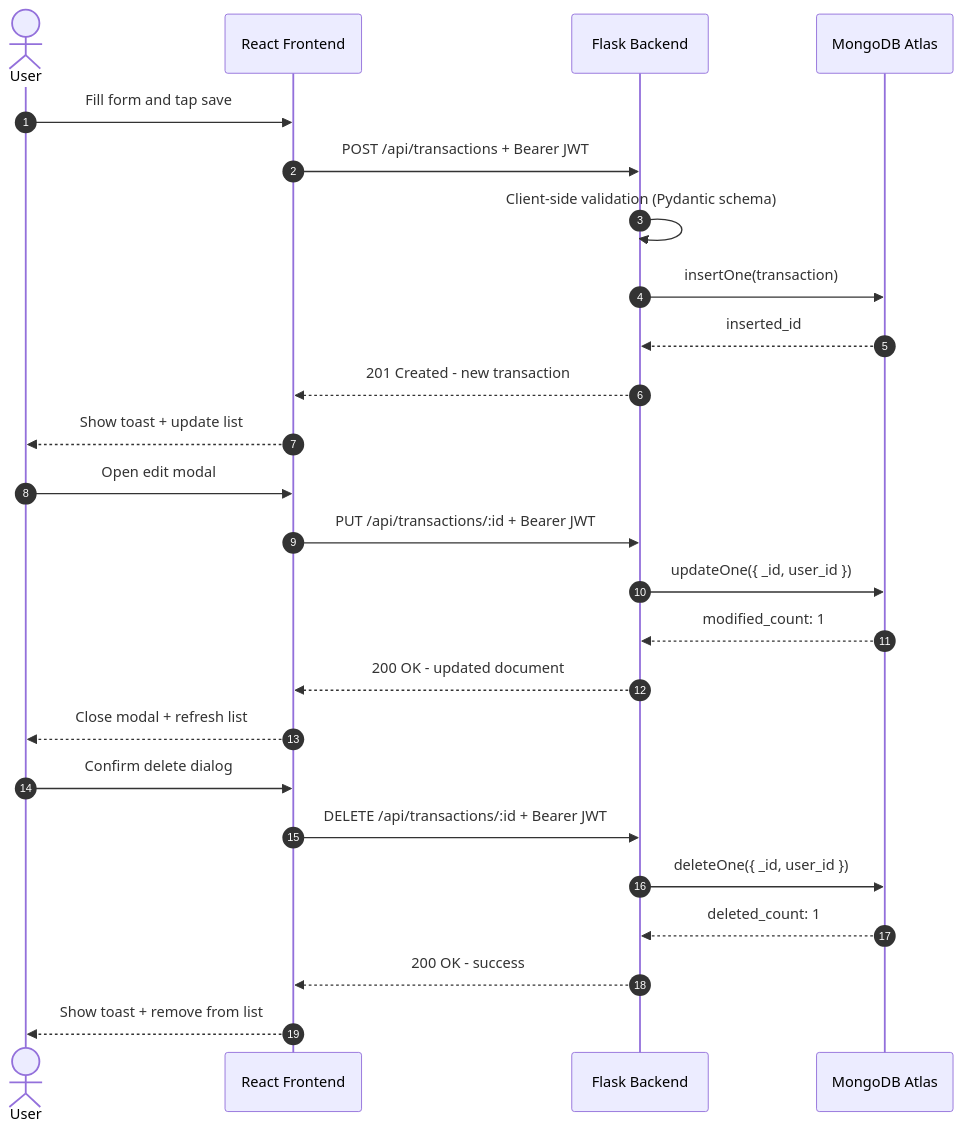
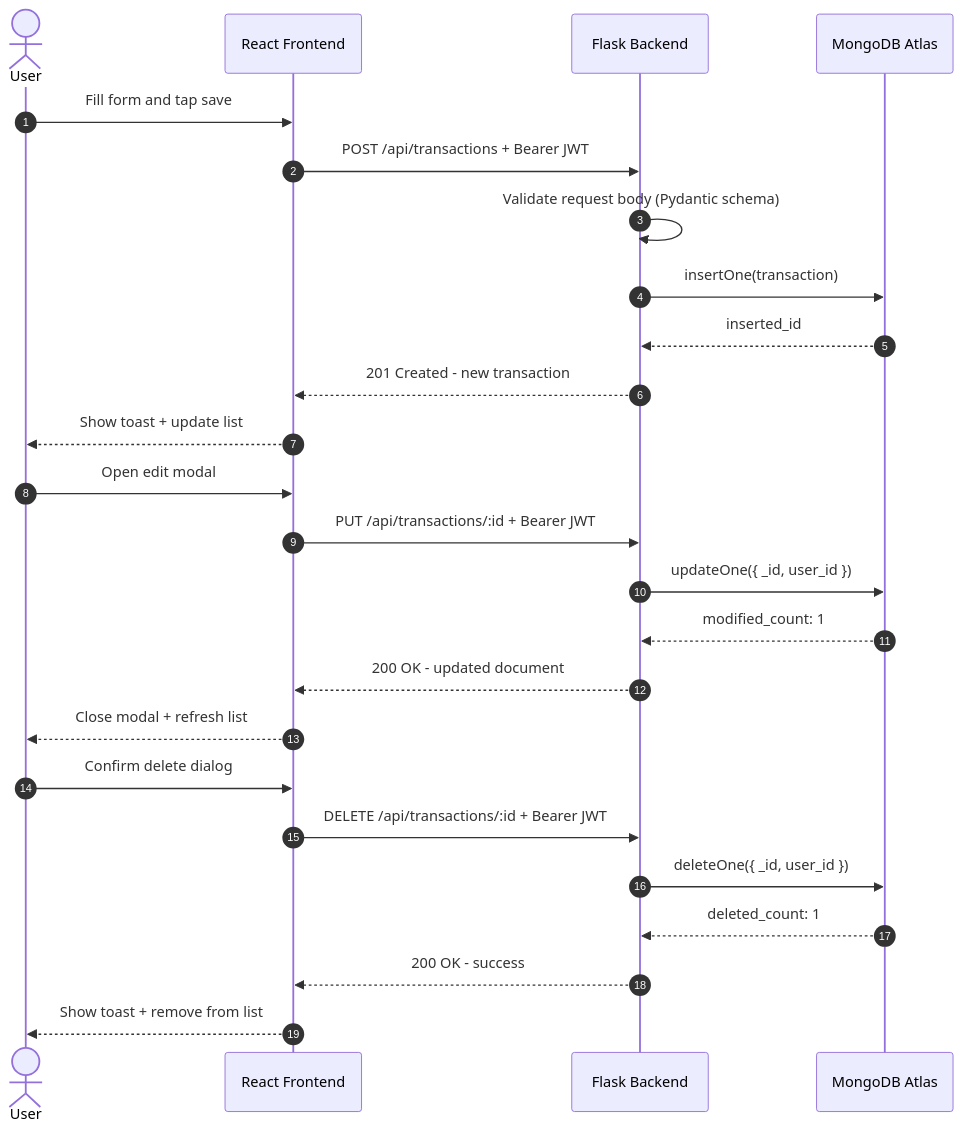
The third of 5 diagrams in README.md (farhanbin65/finance-tracker-dessertation), drawn with Mermaid before and after one commit. The commit also changed other lines of this file, not shown here.

````diff
--- a/README.md
+++ b/README.md
@@ -137,30 +189,30 @@
 ```mermaid
 sequenceDiagram
   autonumber
   actor User
   participant Frontend as React Frontend
   participant Backend as Flask Backend
   participant MongoDB as MongoDB Atlas
 
   User->>Frontend: Fill form and tap save
   Frontend->>Backend: POST /api/transactions + Bearer JWT
-  Backend->>Backend: Client-side validation (Pydantic schema)
+  Backend->>Backend: Validate request body (Pydantic schema)
   Backend->>MongoDB: insertOne(transaction)
   MongoDB-->>Backend: inserted_id
   Backend-->>Frontend: 201 Created - new transaction
   Frontend-->>User: Show toast + update list
 
   User->>Frontend: Open edit modal
   Frontend->>Backend: PUT /api/transactions/:id + Bearer JWT
   Backend->>MongoDB: updateOne({ _id, user_id })
   MongoDB-->>Backend: modified_count: 1
   Backend-->>Frontend: 200 OK - updated document
   Frontend-->>User: Close modal + refresh list
 
   User->>Frontend: Confirm delete dialog
   Frontend->>Backend: DELETE /api/transactions/:id + Bearer JWT
   Backend->>MongoDB: deleteOne({ _id, user_id })
   MongoDB-->>Backend: deleted_count: 1
   Backend-->>Frontend: 200 OK - success
   Frontend-->>User: Show toast + remove from list
 ```
````
